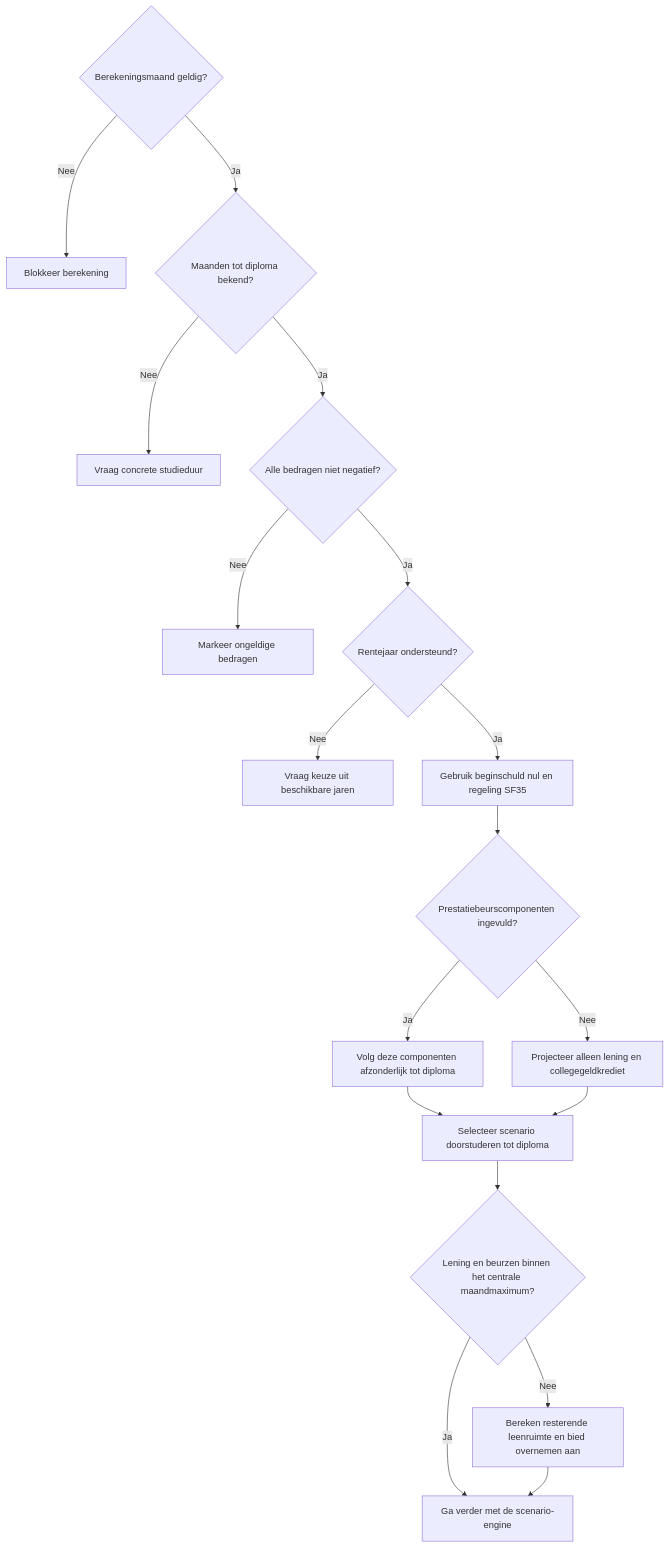
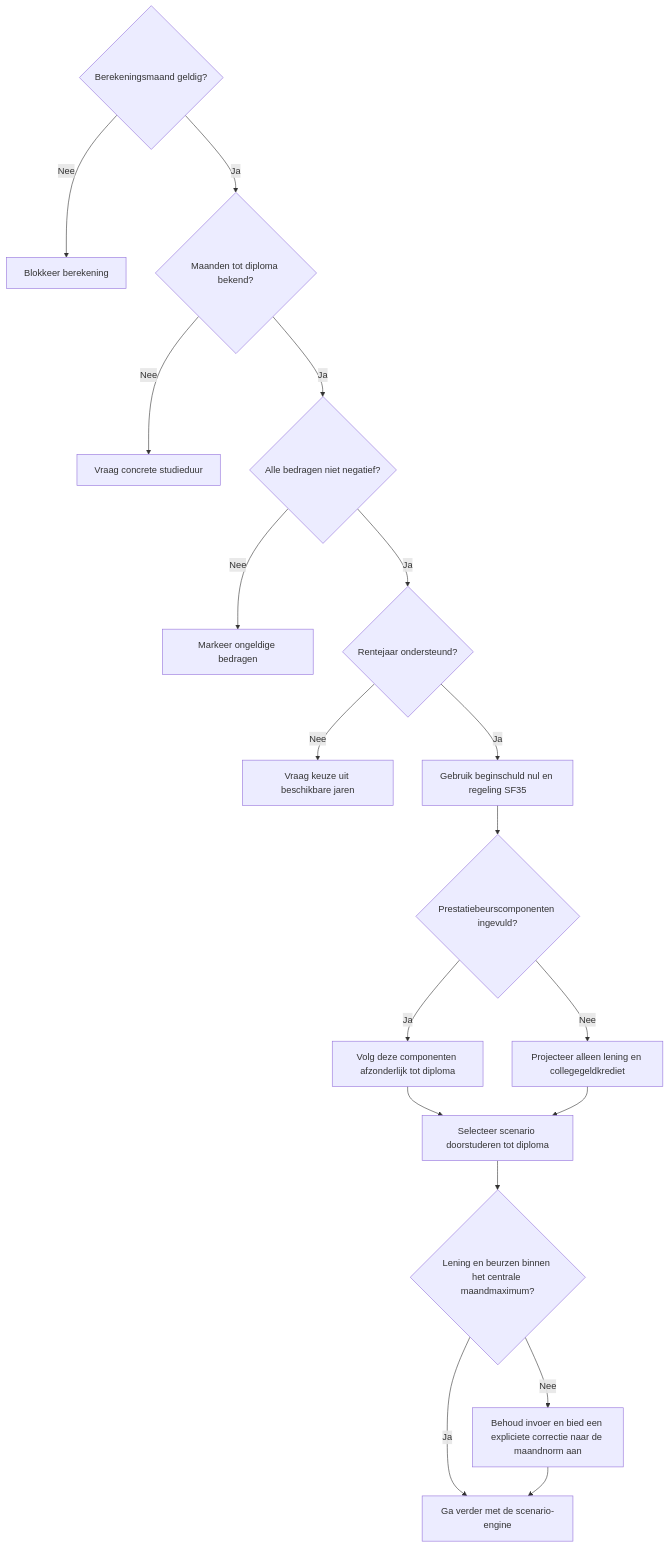
The second of 4 diagrams in apps/duo-schuld-bij-starten-lenen/PROCESS.md (oli4vos/projectwebsite), drawn with Mermaid before and after one commit. The commit also changed other lines of this file and 7 other files, not shown here.

````diff
--- a/apps/duo-schuld-bij-starten-lenen/PROCESS.md
+++ b/apps/duo-schuld-bij-starten-lenen/PROCESS.md
@@ -70,20 +71,20 @@
 ```mermaid
 flowchart TD
   A{Berekeningsmaand geldig?} -->|Nee| B[Blokkeer berekening]
   A -->|Ja| C{Maanden tot diploma bekend?}
   C -->|Nee| D[Vraag concrete studieduur]
   C -->|Ja| E{Alle bedragen niet negatief?}
   E -->|Nee| F[Markeer ongeldige bedragen]
   E -->|Ja| G{Rentejaar ondersteund?}
   G -->|Nee| H[Vraag keuze uit beschikbare jaren]
   G -->|Ja| I[Gebruik beginschuld nul en regeling SF35]
   I --> J{Prestatiebeurscomponenten ingevuld?}
   J -->|Ja| K[Volg deze componenten afzonderlijk tot diploma]
   J -->|Nee| L[Projecteer alleen lening en collegegeldkrediet]
   K --> M[Selecteer scenario doorstuderen tot diploma]
   L --> M
   M --> N{Lening en beurzen binnen het centrale maandmaximum?}
-  N -->|Nee| O[Bereken resterende leenruimte en bied overnemen aan]
+  N -->|Nee| O[Behoud invoer en bied een expliciete correctie naar de maandnorm aan]
   N -->|Ja| P[Ga verder met de scenario-engine]
   O --> P
 ```
````
